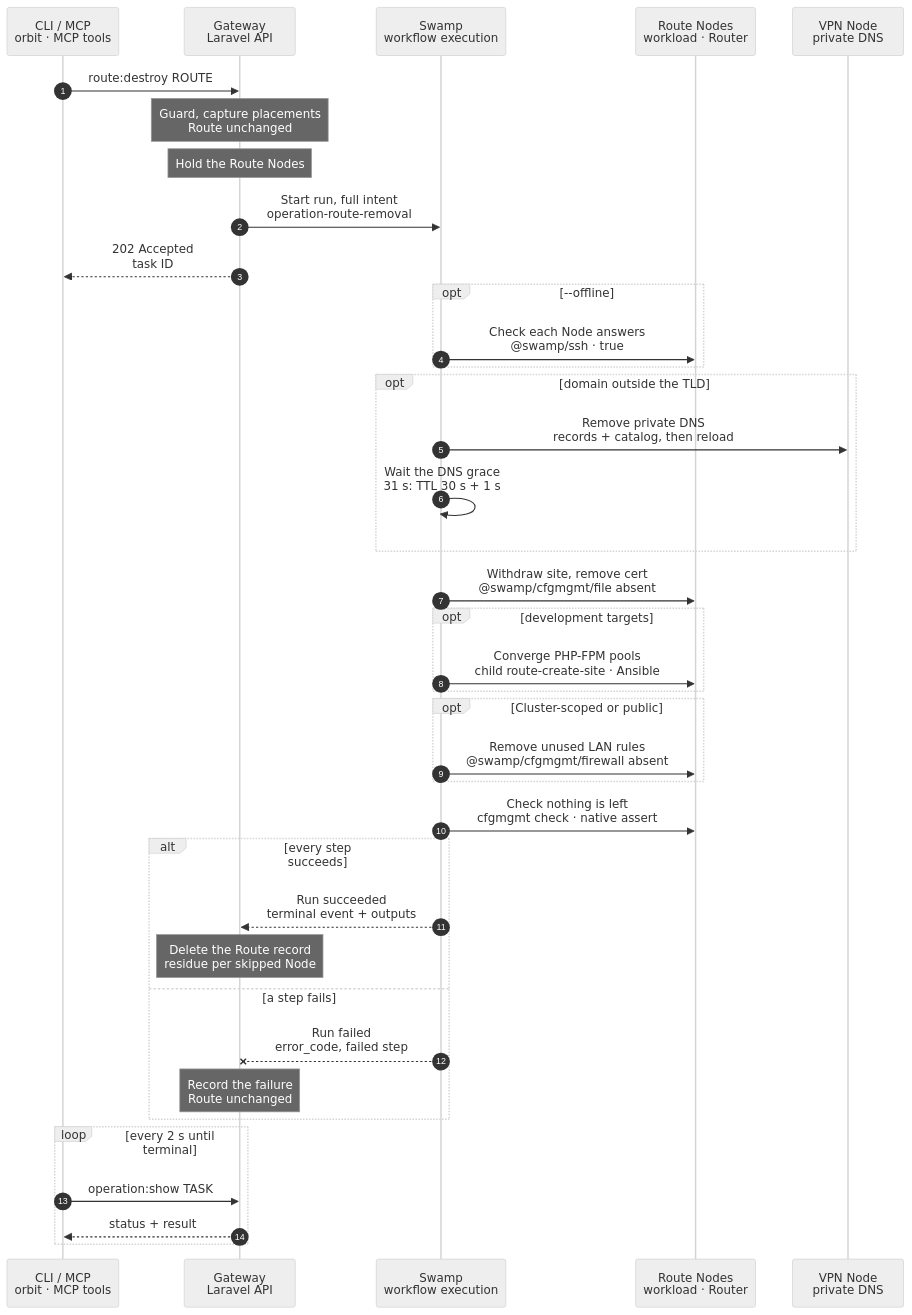
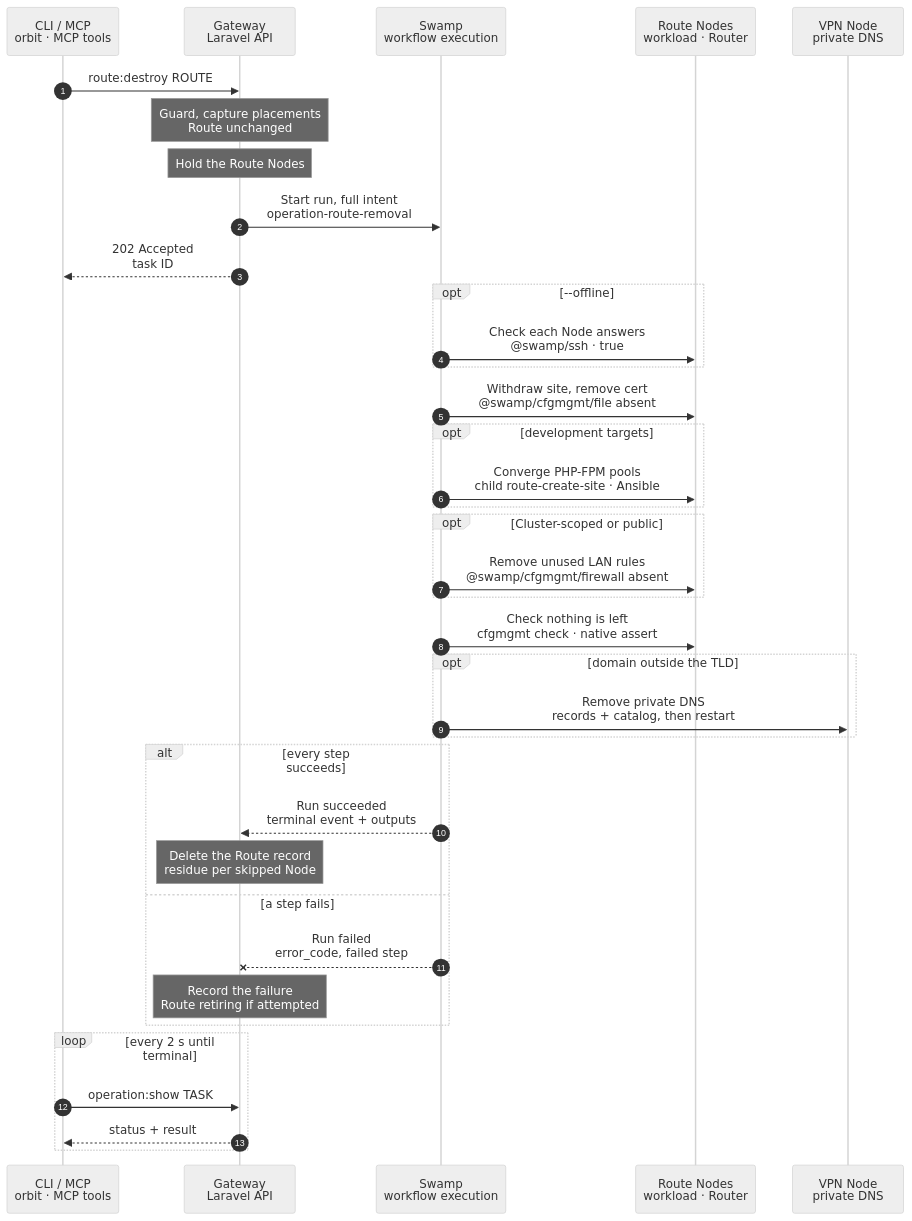
Before and after one commit to hardimpactdev/orbit: the diagram in docs/cli/route/destroy.mmd, drawn with Mermaid (neutral theme). The commit also changed 2 other files, not shown here.

Commit message:
docs: specify Route destroy with DNS removed last

```diff
--- a/docs/cli/route/destroy.mmd
+++ b/docs/cli/route/destroy.mmd
@@ -1,72 +1,74 @@
 sequenceDiagram
   %% Decided by the orchestrator, for Nick's review (2026-11-06): a withdrawal clears the Router answers of the Route from the private DNS catalog in the same step, not only its records.
   %% Decided by the orchestrator, for Nick's review (2026-11-06): the Gateway holds each Route-serving Node from admission to the terminal state; a second Route write on it waits (docs/reference/routes.md#coordinate-publication).
   %% Target design: ADR 0244 task, one Swamp run, official cfgmgmt behaviors and SSH argv commands. docs/reference/routes.md#remove-a-route.
   %% Decided by the orchestrator, for Nick's review (2026-11-06): the Node work of the site child is one Ansible phase (see route:create).
   %% status: draft
   %% command: route:destroy
   %% kind: route.destroy
   autonumber
   %% lane CLI icon=terminal pill=caller tone=gray
   %% lane GW icon=gateway pill=intent tone=blue
   %% lane SW icon=workflow pill=executes tone=green
   %% lane N icon=server pill=target tone=amber
   %% lane V icon=server pill=target tone=purple
   participant CLI as CLI / MCP<br/>orbit · MCP tools
   participant GW as Gateway<br/>Laravel API
   participant SW as Swamp<br/>workflow execution
   participant N as Route Nodes<br/>workload · Router
   participant V as VPN Node<br/>private DNS
   CLI->>GW: route:destroy ROUTE
   Note over GW: Guard, capture placements<br/>Route unchanged
   %%> Replacement that never activated:
   %%> - the run also restores the old domain's URL and DNS; the replaced Route stays
   Note over GW: Hold the Route Nodes
   %%> What it does:
   %%> - holds each Node that serves this Route's site (Caddy and PHP) from admission to the terminal state
   %%> - validates a same-directory candidate before atomic publication; invalid bytes never replace the live file
   %%> - a second Route write on one of those Nodes waits (task status `waiting`) and starts when the Node is free, oldest first
   %%> Not held:
   %%> - the DNS Node: its records are keyed, and the apply phase refuses a file that changed since the read
   %%> Limit:
   %%> - two Route writes on one Node run one after the other, so each waits for the other's whole run
   %%> - a newer write waits behind an older waiting one that shares a Node, and a waiting write can be cancelled
   %%> - a timed-out write keeps its Nodes until Swamp confirms that its run stopped, or for 15 minutes
   %%> - task provision and cancel, instance:register and the Cluster Router writes hold the Nodes for their Route-publish step only, through the `route-hold` call
   %%> - a task that waits starts from the Node's live files; a site block that matches none of its captured states still stops it with `owned_revision_conflict`
   GW->>SW: Start run, full intent<br/>operation-route-removal
   GW-->>CLI: 202 Accepted<br/>task ID
   opt --offline
     SW->>N: Check each Node answers<br/>@swamp/ssh · true
     %%> When:
     %%> - a Node that does not answer is skipped and keeps its residue for `node:converge`; the VPN Node is never skipped
   end
-  opt domain outside the TLD
-    SW->>V: Remove private DNS<br/>records + catalog, then reload
-    SW->>SW: Wait the DNS grace<br/>31 s: TTL 30 s + 1 s
-  end
   SW->>N: Withdraw site, remove cert<br/>@swamp/cfgmgmt/file absent
   opt development targets
     SW->>N: Converge PHP-FPM pools<br/>child route-create-site · Ansible
   end
   opt Cluster-scoped or public
     SW->>N: Remove unused LAN rules<br/>@swamp/cfgmgmt/firewall absent
   end
   SW->>N: Check nothing is left<br/>cfgmgmt check · native assert
+  opt domain outside the TLD
+    SW->>V: Remove private DNS<br/>records + catalog, then restart
+    %%> Why last:
+    %%> - site withdrawal, pool cleanup, firewall cleanup and their checks must finish first; an earlier failure leaves DNS untouched
+    %%> - the name is deleted, not moved, so there is no DNS grace wait
+  end
   alt every step succeeds
     SW-->>GW: Run succeeded<br/>terminal event + outputs
     Note over GW: Delete the Route record<br/>residue per skipped Node
   else a step fails
     SW--xGW: Run failed<br/>error_code, failed step
-    Note over GW: Record the failure<br/>Route unchanged
+    Note over GW: Record the failure<br/>Route retiring if attempted
     %%> Result:
-    %%> - the task carries the failed step; the Route stays as it was, because a failed Route would render no site
+    %%> - the task and Route carry the failed step and error; once site withdrawal starts, the Route is retiring and may be partly withdrawn
     %%> On the Nodes:
-    %%> - finished steps stay; there is no rollback
+    %%> - finished steps stay; DNS is unchanged until all earlier work passes; a refusal before publication leaves the site served and resolvable
     %%> Retry:
     %%> - run the same command again after the fix; every step runs again from the start
   end
   loop every 2 s until terminal
     CLI->>GW: operation:show TASK
     GW-->>CLI: status + result
   end
```
